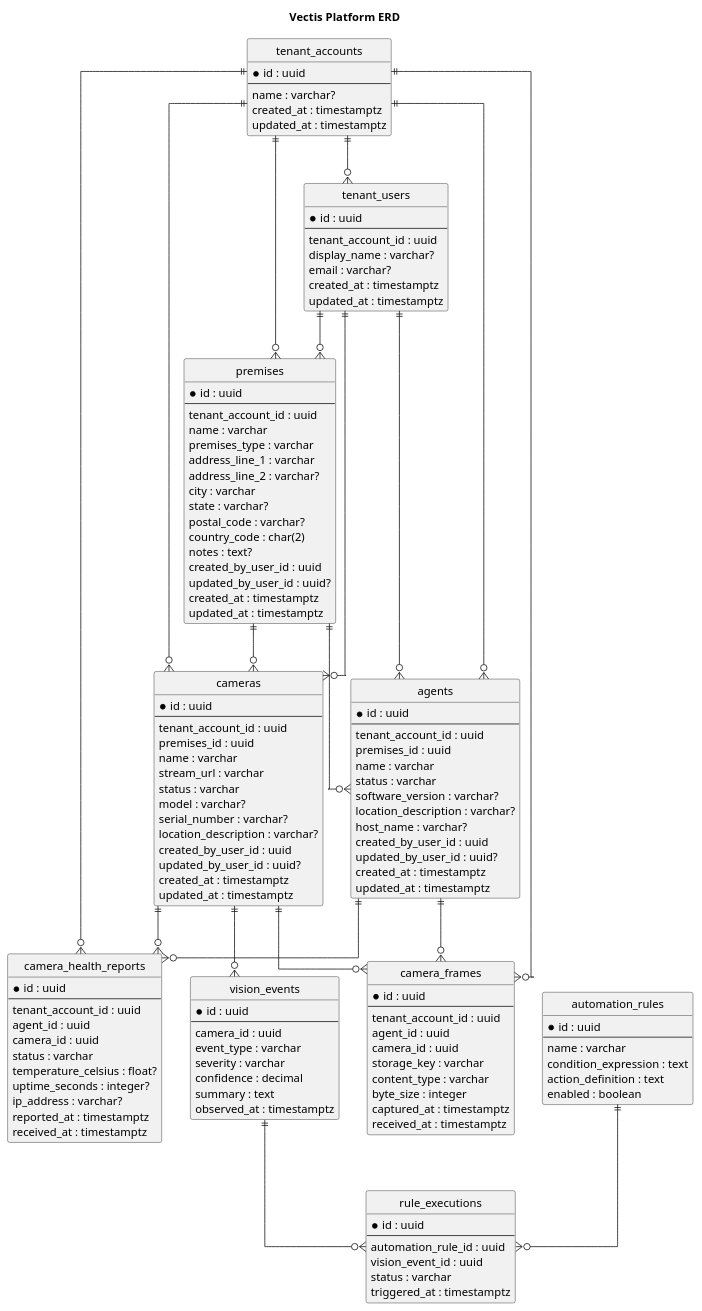
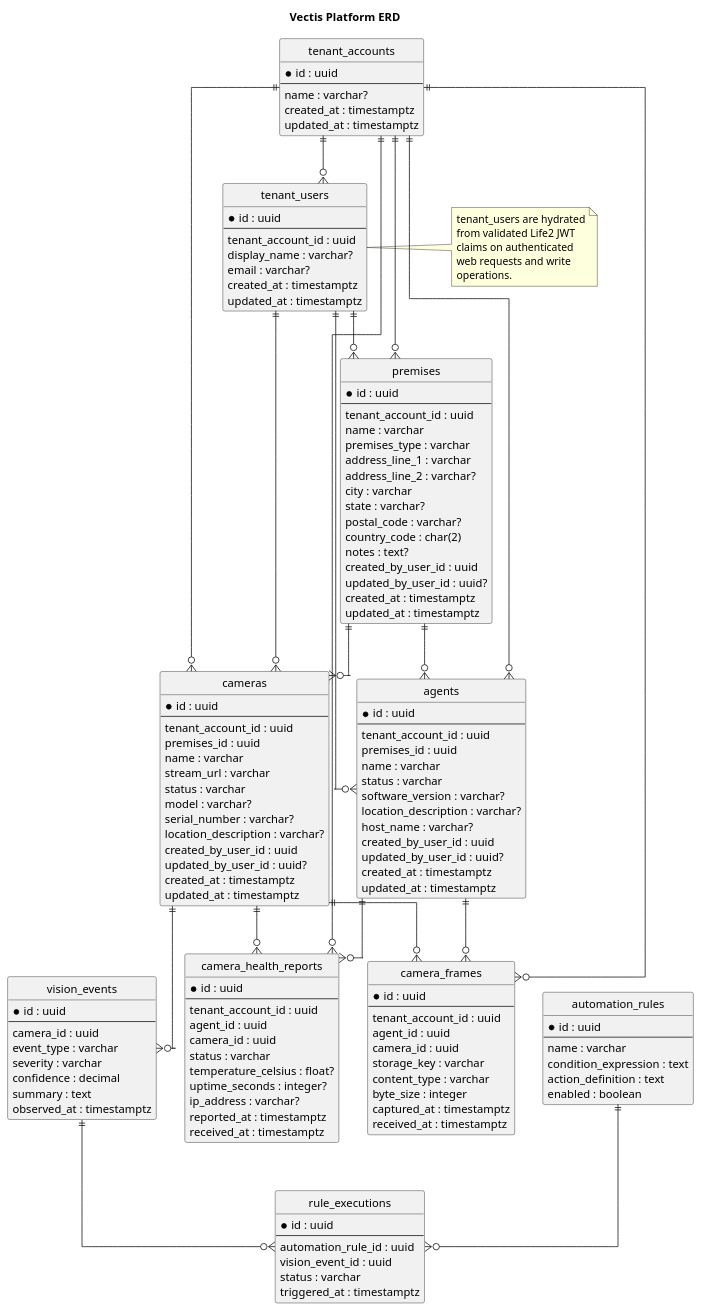
One commit to ralfepoisson/Vectis changed the diagram in docs/vectis_erd.puml. Above: the diagram before and after it, drawn with PlantUML. The commit also changed 9 other files, not shown here.

```diff
--- a/docs/vectis_erd.puml
+++ b/docs/vectis_erd.puml
@@ -1,153 +1,161 @@
 @startuml
 title Vectis Platform ERD
 
 skinparam shadowing false
 hide circle
 skinparam linetype ortho
 
 entity "tenant_accounts" as tenant_accounts {
   *id : uuid
   --
   name : varchar?
   created_at : timestamptz
   updated_at : timestamptz
 }
 
 entity "tenant_users" as tenant_users {
   *id : uuid
   --
   tenant_account_id : uuid
   display_name : varchar?
   email : varchar?
   created_at : timestamptz
   updated_at : timestamptz
 }
 
 entity "premises" as premises {
   *id : uuid
   --
   tenant_account_id : uuid
   name : varchar
   premises_type : varchar
   address_line_1 : varchar
   address_line_2 : varchar?
   city : varchar
   state : varchar?
   postal_code : varchar?
   country_code : char(2)
   notes : text?
   created_by_user_id : uuid
   updated_by_user_id : uuid?
   created_at : timestamptz
   updated_at : timestamptz
 }
 
 entity "cameras" as cameras {
   *id : uuid
   --
   tenant_account_id : uuid
   premises_id : uuid
   name : varchar
   stream_url : varchar
   status : varchar
   model : varchar?
   serial_number : varchar?
   location_description : varchar?
   created_by_user_id : uuid
   updated_by_user_id : uuid?
   created_at : timestamptz
   updated_at : timestamptz
 }
 
 entity "agents" as agents {
   *id : uuid
   --
   tenant_account_id : uuid
   premises_id : uuid
   name : varchar
   status : varchar
   software_version : varchar?
   location_description : varchar?
   host_name : varchar?
   created_by_user_id : uuid
   updated_by_user_id : uuid?
   created_at : timestamptz
   updated_at : timestamptz
 }
 
 entity "camera_health_reports" as camera_health_reports {
   *id : uuid
   --
   tenant_account_id : uuid
   agent_id : uuid
   camera_id : uuid
   status : varchar
   temperature_celsius : float?
   uptime_seconds : integer?
   ip_address : varchar?
   reported_at : timestamptz
   received_at : timestamptz
 }
 
 entity "camera_frames" as camera_frames {
   *id : uuid
   --
   tenant_account_id : uuid
   agent_id : uuid
   camera_id : uuid
   storage_key : varchar
   content_type : varchar
   byte_size : integer
   captured_at : timestamptz
   received_at : timestamptz
 }
 
 entity "vision_events" as vision_events {
   *id : uuid
   --
   camera_id : uuid
   event_type : varchar
   severity : varchar
   confidence : decimal
   summary : text
   observed_at : timestamptz
 }
 
 entity "automation_rules" as automation_rules {
   *id : uuid
   --
   name : varchar
   condition_expression : text
   action_definition : text
   enabled : boolean
 }
 
 entity "rule_executions" as rule_executions {
   *id : uuid
   --
   automation_rule_id : uuid
   vision_event_id : uuid
   status : varchar
   triggered_at : timestamptz
 }
 
 tenant_accounts ||--o{ tenant_users
 tenant_accounts ||--o{ premises
 tenant_accounts ||--o{ cameras
 tenant_accounts ||--o{ agents
 tenant_accounts ||--o{ camera_health_reports
 tenant_accounts ||--o{ camera_frames
 tenant_users ||--o{ premises
 tenant_users ||--o{ cameras
 tenant_users ||--o{ agents
 premises ||--o{ cameras
 premises ||--o{ agents
 agents ||--o{ camera_health_reports
 agents ||--o{ camera_frames
 cameras ||--o{ vision_events
 cameras ||--o{ camera_health_reports
 cameras ||--o{ camera_frames
 automation_rules ||--o{ rule_executions
 vision_events ||--o{ rule_executions
 
+note right of tenant_users
+tenant_users are hydrated
+from validated Life2 JWT
+claims on authenticated
+web requests and write
+operations.
+end note
+
 @enduml
```
